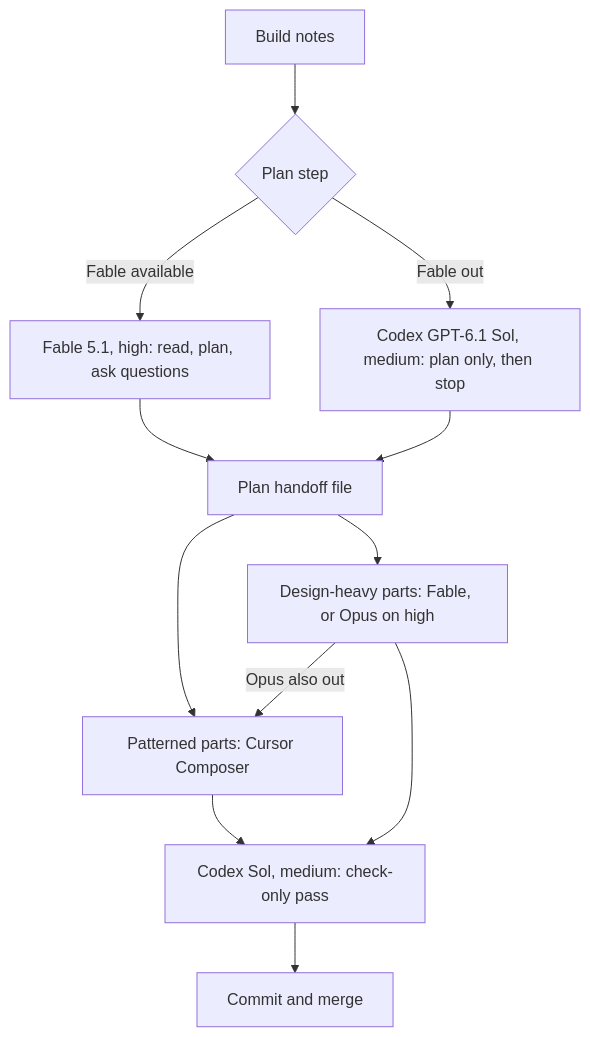
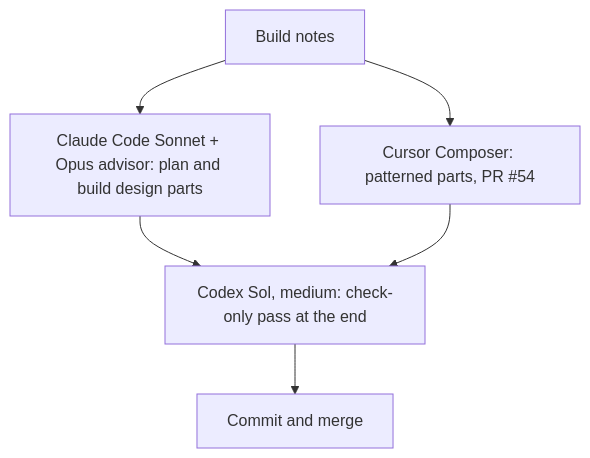
The diagram in docs/build-4/model-hierarchy-chart.md (kylieau/fan-friction), drawn with Mermaid before and after one commit. The commit also changed other lines of this file and 4 other files, not shown here.

Commit message:
Build 4 docs: drop Sol planning; Sol check-only pass; Claude plans and builds design parts

````diff
--- a/docs/build-4/model-hierarchy-chart.md
+++ b/docs/build-4/model-hierarchy-chart.md
@@ -3,14 +3,8 @@
 ```mermaid
 flowchart TD
-  N[Build notes] --> P{Plan step}
-  P -->|Fable available| F[Fable 5.1, high: read, plan, ask questions]
-  P -->|Fable out| S[Codex GPT-6.1 Sol, medium: plan only, then stop]
-  F --> H[Plan handoff file]
-  S --> H
-  H --> D[Design-heavy parts: Fable, or Opus on high]
-  H --> C[Patterned parts: Cursor Composer]
-  D -->|Opus also out| C
-  C --> K[Codex Sol, medium: check-only pass]
-  D --> K
+  N[Build notes] --> CL[Claude Code Sonnet + Opus advisor: plan and build design parts]
+  N --> C[Cursor Composer: patterned parts, PR #54]
+  CL --> K[Codex Sol, medium: check-only pass at the end]
+  C --> K
   K --> M[Commit and merge]
 ```
````
